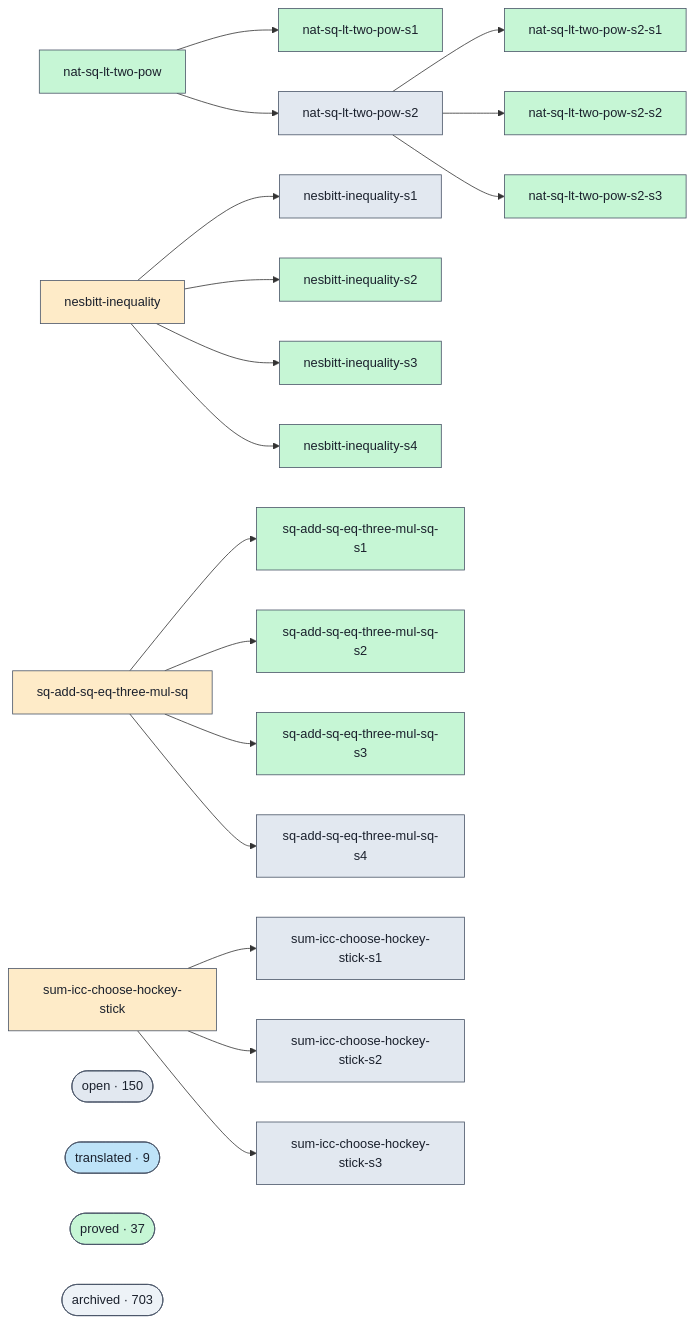
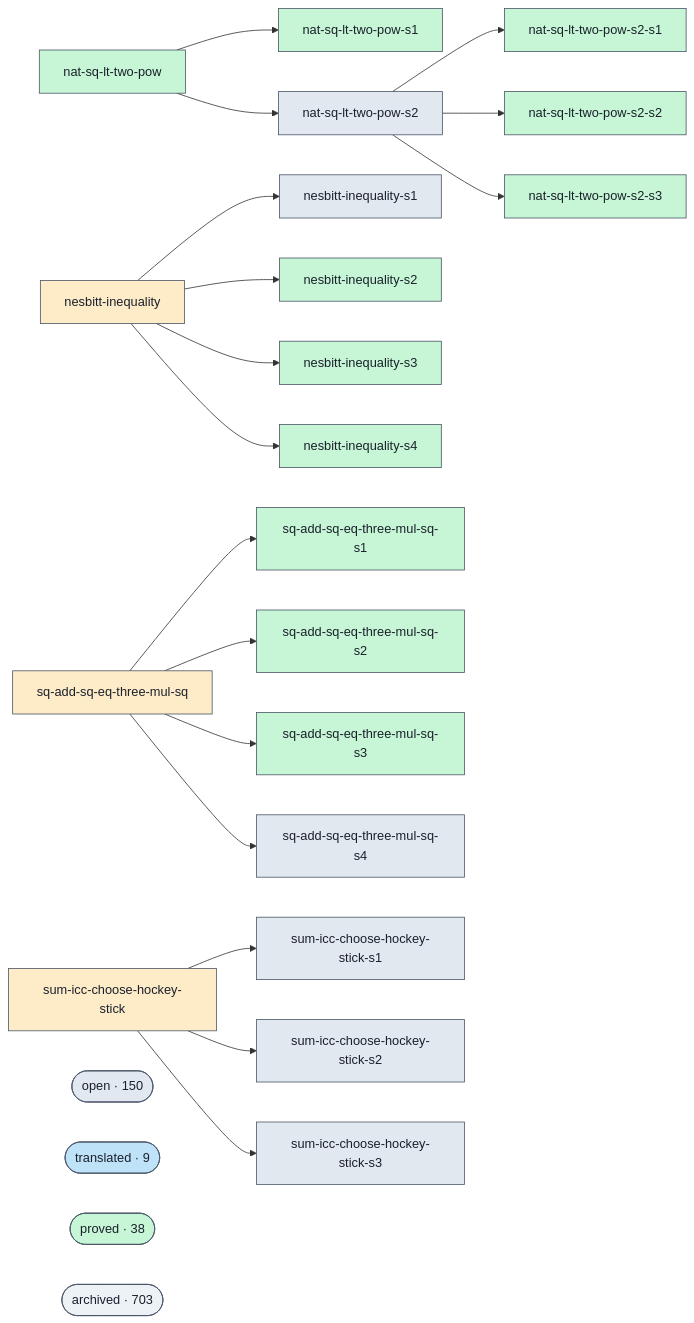
The diagram in docs/proofs-contributors-visualisation.md (ohdearquant/unsorry), drawn with Mermaid before and after one commit. The commit also changed other lines of this file and 2 other files, not shown here.

```diff
--- a/docs/proofs-contributors-visualisation.md
+++ b/docs/proofs-contributors-visualisation.md
@@ -102,7 +102,7 @@
   class cluster_open open;
   cluster_translated(["translated · 9"])
   class cluster_translated translated;
-  cluster_proved(["proved · 37"])
+  cluster_proved(["proved · 38"])
   class cluster_proved proved;
   cluster_archived(["archived · 703"])
   class cluster_archived unknown;
```
